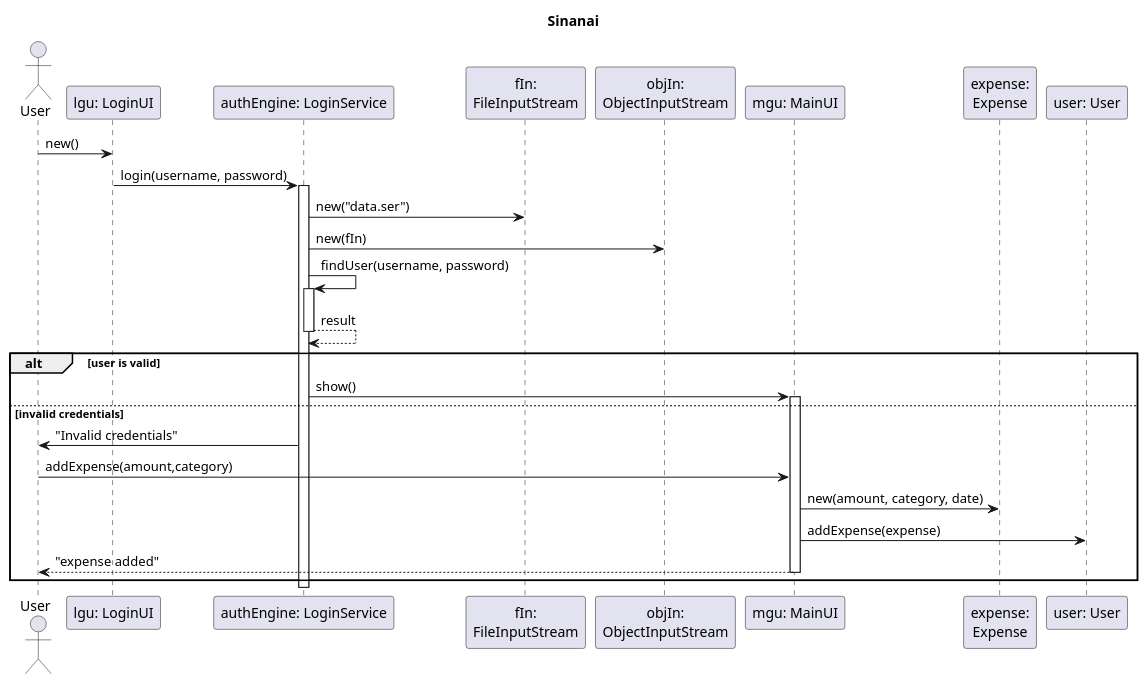
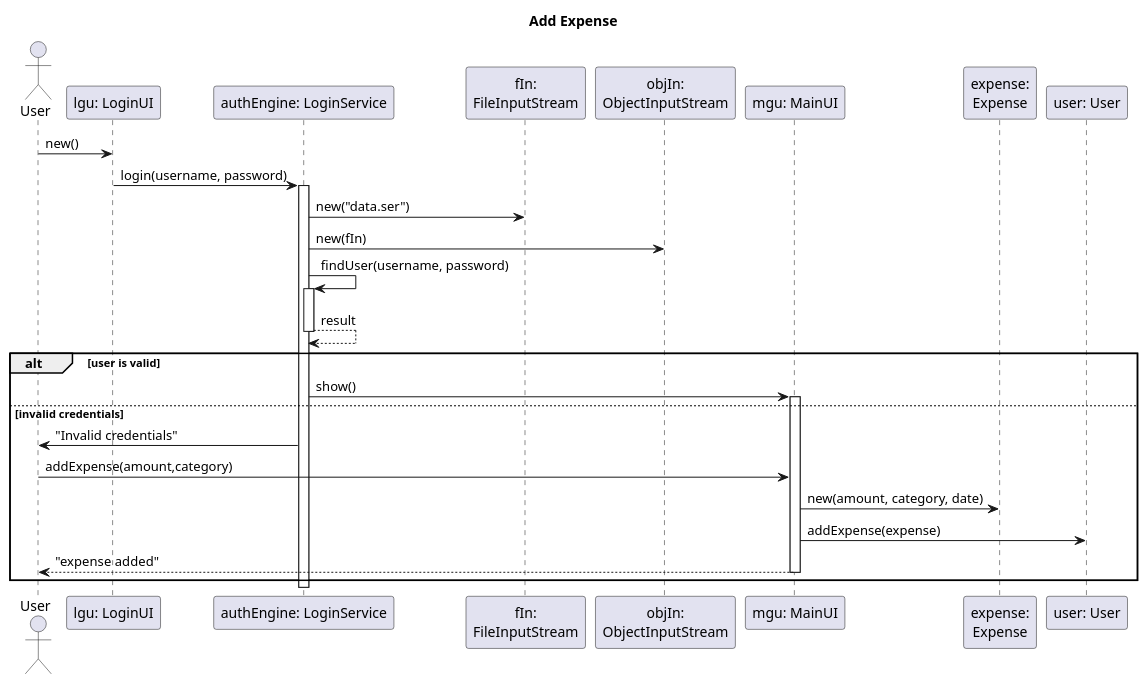
One commit to jlnsr/OOP-SP2026-final-project-Expense-Tracker changed the diagram in seq_diagram.puml. Above: the diagram before and after it, drawn with PlantUML. The commit also changed 4 other files, not shown here.

```diff
--- a/seq_diagram.puml
+++ b/seq_diagram.puml
@@ -1,39 +1,39 @@
 @startuml
-title Sinanai
+title Add Expense
 ' anything with a 'gu' suffix is user-facing
 actor User
 participant "lgu: LoginUI" as lgu
 ' behind the scenes script
 participant "authEngine: LoginService" as auth
 participant "fIn:\nFileInputStream" as fIn
 participant "objIn:\nObjectInputStream" as objIn
 participant "mgu: MainUI" as mgu
 participant "expense:\nExpense" as exp
 participant "user: User" as user
 
 User -> lgu: new()
 lgu -> auth: login(username, password)
 activate auth
     auth -> fIn: new("data.ser")
     auth -> objIn: new(fIn)
     auth -> auth: findUser(username, password)
     activate auth
     auth --> auth: result
     deactivate auth
 
 ' authentication handles all the database operations
 alt user is valid
     auth -> mgu: show()
 else invalid credentials
     activate mgu
     auth -> User: "Invalid credentials"
     User -> mgu: addExpense(amount,category)
     mgu -> exp: new(amount, category, date)
     ' add expense to list
     mgu -> user: addExpense(expense)
     mgu --> User: "expense added"
     deactivate mgu
 end
 deactivate auth
 
 @enduml
```
